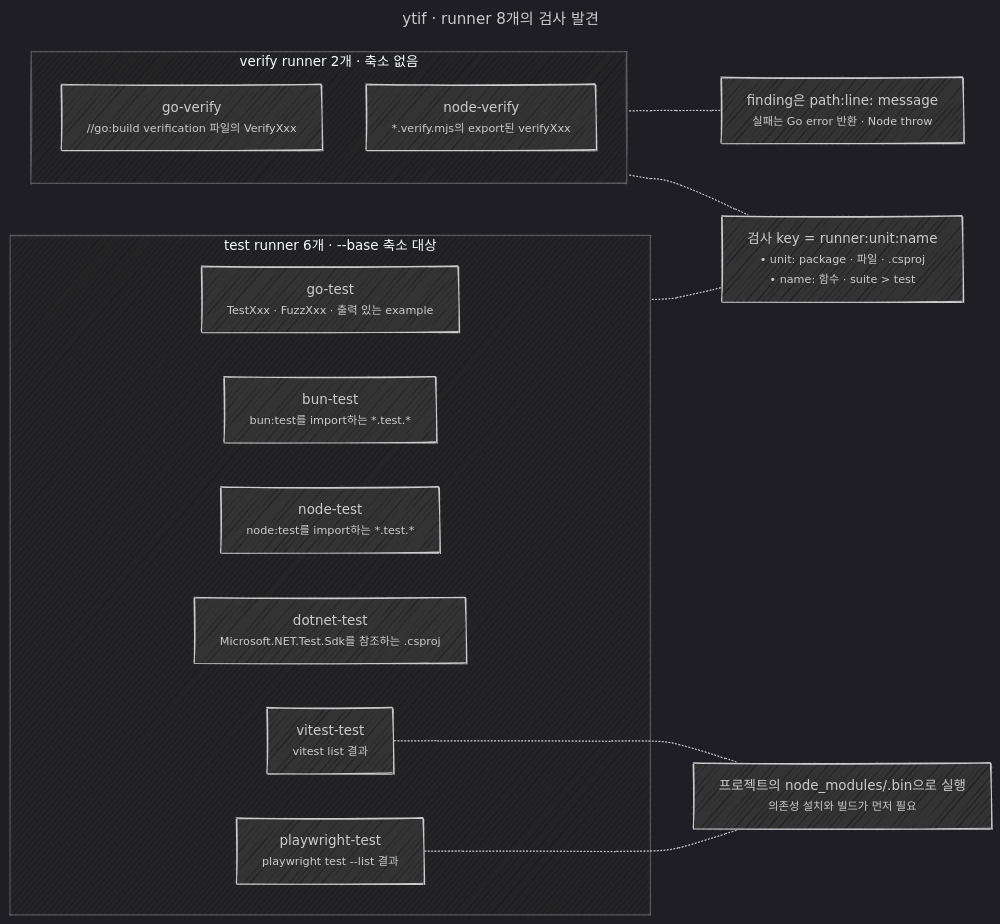
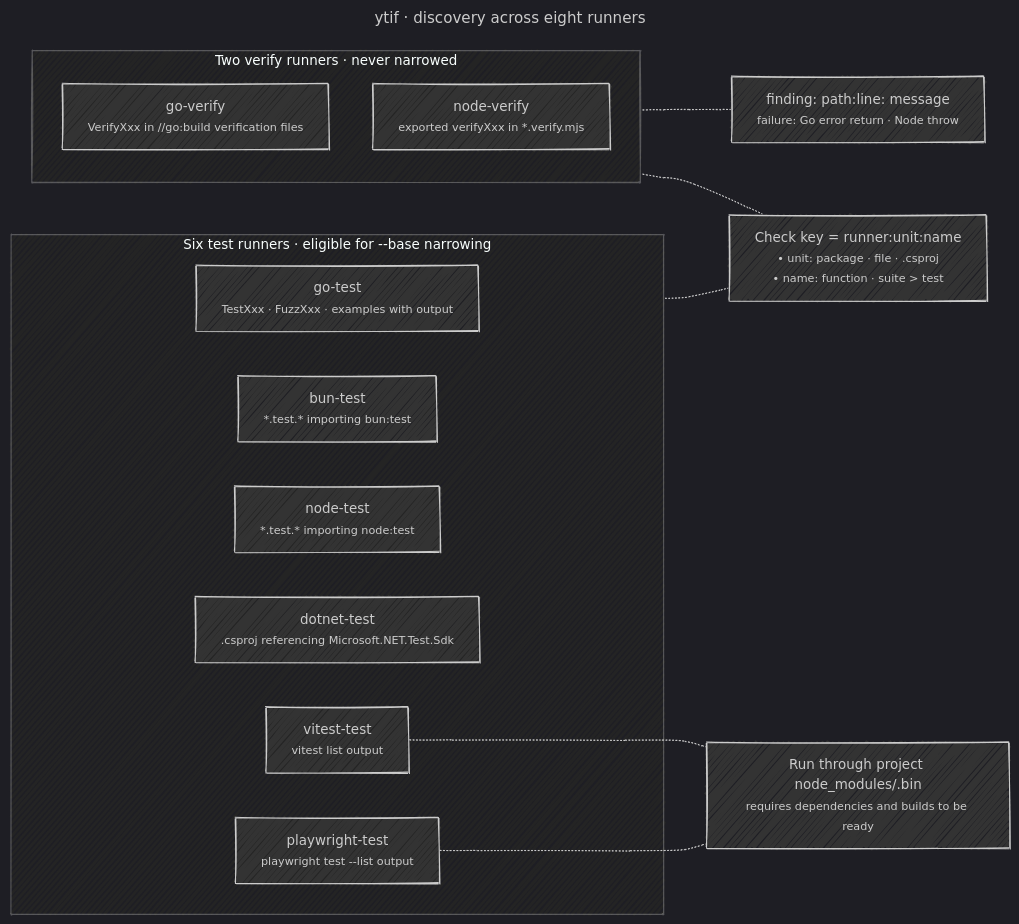
Before and after one commit to undervoke/ytif: the diagram in blueprint/runners.mermaid, drawn with Mermaid. The commit also changed 3 other files, not shown here.

```diff
--- a/blueprint/runners.mermaid
+++ b/blueprint/runners.mermaid
@@ -1,38 +1,38 @@
 ---
-title: ytif · runner 8개의 검사 발견
+title: ytif · discovery across eight runners
 config:
   look: handDrawn
   handDrawnSeed: 5
   theme: dark
   themeVariables:
     mainBkg: "#333333"
     clusterBkg: "#242424"
   themeCSS: |
     small { display: inline-block; text-align: left; }
   flowchart:
     wrappingWidth: 300
 ---
 %% Behavior authority: README.md (Checks table and check contracts) and internal/cli/sources.go (the eight registered sources), internal/runner/*, internal/gohost, internal/gate/gate.go (testRunners, narrow).
 %% Discovery reads Git-tracked files only; test names must be static, and what ytif cannot list exactly fails discovery.
 %% Function signatures, provided values and per-runner unit/name live in README.md (Checks).
 flowchart LR
-  subgraph Test["test runner 6개 · --base 축소 대상"]
-    GoTest["go-test<br/><small>TestXxx · FuzzXxx · 출력 있는 example</small>"]
-    BunTest["bun-test<br/><small>bun:test를 import하는 *.test.*</small>"]
-    NodeTest["node-test<br/><small>node:test를 import하는 *.test.*</small>"]
-    Dotnet["dotnet-test<br/><small>Microsoft.NET.Test.Sdk를 참조하는 .csproj</small>"]
-    Vitest["vitest-test<br/><small>vitest list 결과</small>"]
-    Playwright["playwright-test<br/><small>playwright test --list 결과</small>"]
+  subgraph Test["Six test runners · eligible for --base narrowing"]
+    GoTest["go-test<br/><small>TestXxx · FuzzXxx · examples with output</small>"]
+    BunTest["bun-test<br/><small>*.test.* importing bun:test</small>"]
+    NodeTest["node-test<br/><small>*.test.* importing node:test</small>"]
+    Dotnet["dotnet-test<br/><small>.csproj referencing Microsoft.NET.Test.Sdk</small>"]
+    Vitest["vitest-test<br/><small>vitest list output</small>"]
+    Playwright["playwright-test<br/><small>playwright test --list output</small>"]
   end
-  subgraph Verify["verify runner 2개 · 축소 없음"]
-    GoVerify["go-verify<br/><small>//go:build verification 파일의 VerifyXxx</small>"]
-    NodeVerify["node-verify<br/><small>*.verify.mjs의 export된 verifyXxx</small>"]
+  subgraph Verify["Two verify runners · never narrowed"]
+    GoVerify["go-verify<br/><small>VerifyXxx in //go:build verification files</small>"]
+    NodeVerify["node-verify<br/><small>exported verifyXxx in *.verify.mjs</small>"]
   end
-  Key["검사 key = runner:unit:name<br/><small>• unit: package · 파일 · .csproj<br/>• name: 함수 · suite &gt; test</small>"]
-  JsBin["프로젝트의 node_modules/.bin으로 실행<br/><small>의존성 설치와 빌드가 먼저 필요</small>"]
-  Findings["finding은 path:line: message<br/><small>실패는 Go error 반환 · Node throw</small>"]
+  Key["Check key = runner:unit:name<br/><small>• unit: package · file · .csproj<br/>• name: function · suite &gt; test</small>"]
+  JsBin["Run through project node_modules/.bin<br/><small>requires dependencies and builds to be ready</small>"]
+  Findings["finding: path:line: message<br/><small>failure: Go error return · Node throw</small>"]
   Test -.- Key
   Verify -.- Key
   Vitest -.- JsBin
   Playwright -.- JsBin
   Verify -.- Findings
```
